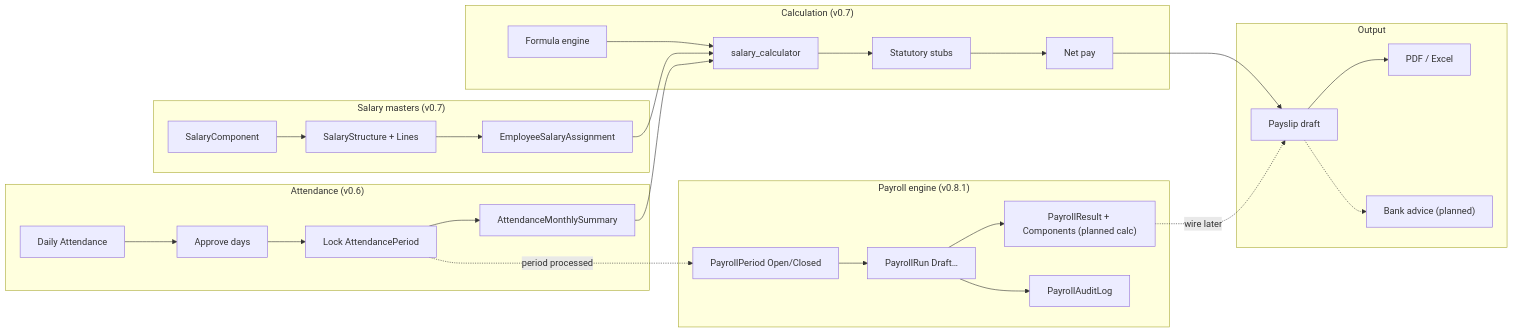
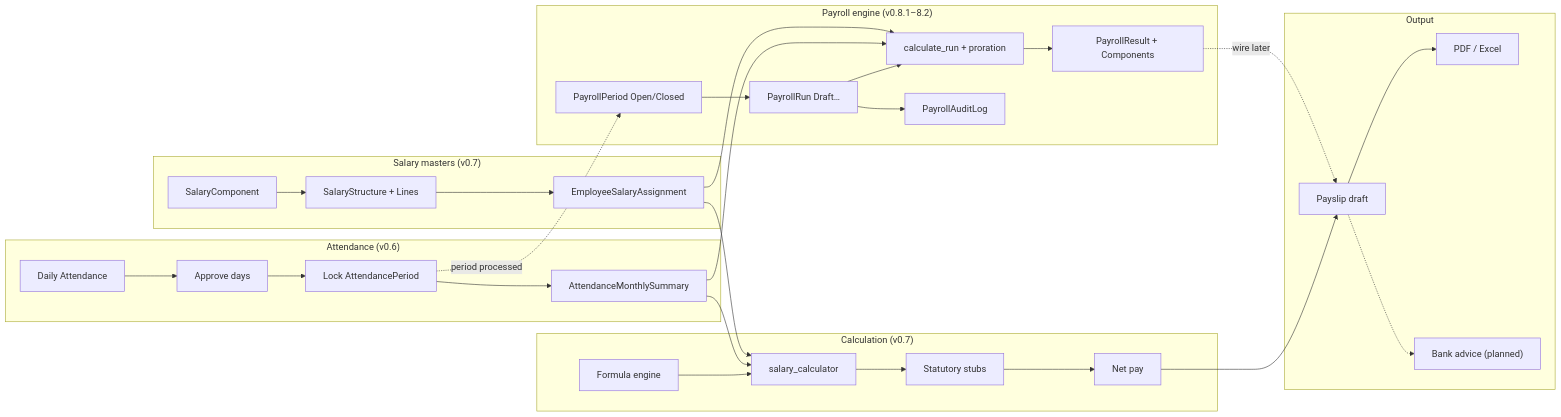
One commit to prudhvikrishna90nyp/PAS-Payroll-Automation-System changed the diagram in docs/payroll-architecture/lifecycle.md. Above: the diagram before and after it, drawn with Mermaid. The commit also changed other lines of this file and 19 other files, not shown here.

Commit message:
Complete Sprint 8.2 payroll calculation engine

````diff
--- a/docs/payroll-architecture/lifecycle.md
+++ b/docs/payroll-architecture/lifecycle.md
@@ -7,37 +7,40 @@
 ```mermaid
 flowchart LR
   subgraph attendance ["Attendance (v0.6)"]
     A1[Daily Attendance] --> A2[Approve days]
     A2 --> A3[Lock AttendancePeriod]
     A3 --> A4[AttendanceMonthlySummary]
   end
 
   subgraph salary ["Salary masters (v0.7)"]
     S1[SalaryComponent] --> S2[SalaryStructure + Lines]
     S2 --> S3[EmployeeSalaryAssignment]
   end
 
   subgraph calc ["Calculation (v0.7)"]
     C1[Formula engine] --> C2[salary_calculator]
     C2 --> C3[Statutory stubs]
     C3 --> C4[Net pay]
   end
 
-  subgraph engine ["Payroll engine (v0.8.1)"]
+  subgraph engine ["Payroll engine (v0.8.1–8.2)"]
     P1[PayrollPeriod Open/Closed] --> P2[PayrollRun Draft…]
-    P2 --> P3["PayrollResult + Components (planned calc)"]
+    P2 --> P3[calculate_run + proration]
+    P3 --> P5[PayrollResult + Components]
     P2 --> P4[PayrollAuditLog]
   end
 
   subgraph output ["Output"]
     O1[Payslip draft] --> O2[PDF / Excel]
     O3["Bank advice (planned)"]
   end
 
   A4 --> C2
   S3 --> C2
   C4 --> O1
   O1 -.-> O3
   A3 -.->|period processed| P1
-  P3 -.->|wire later| O1
+  A4 --> P3
+  S3 --> P3
+  P5 -.->|wire later| O1
 ```
````
